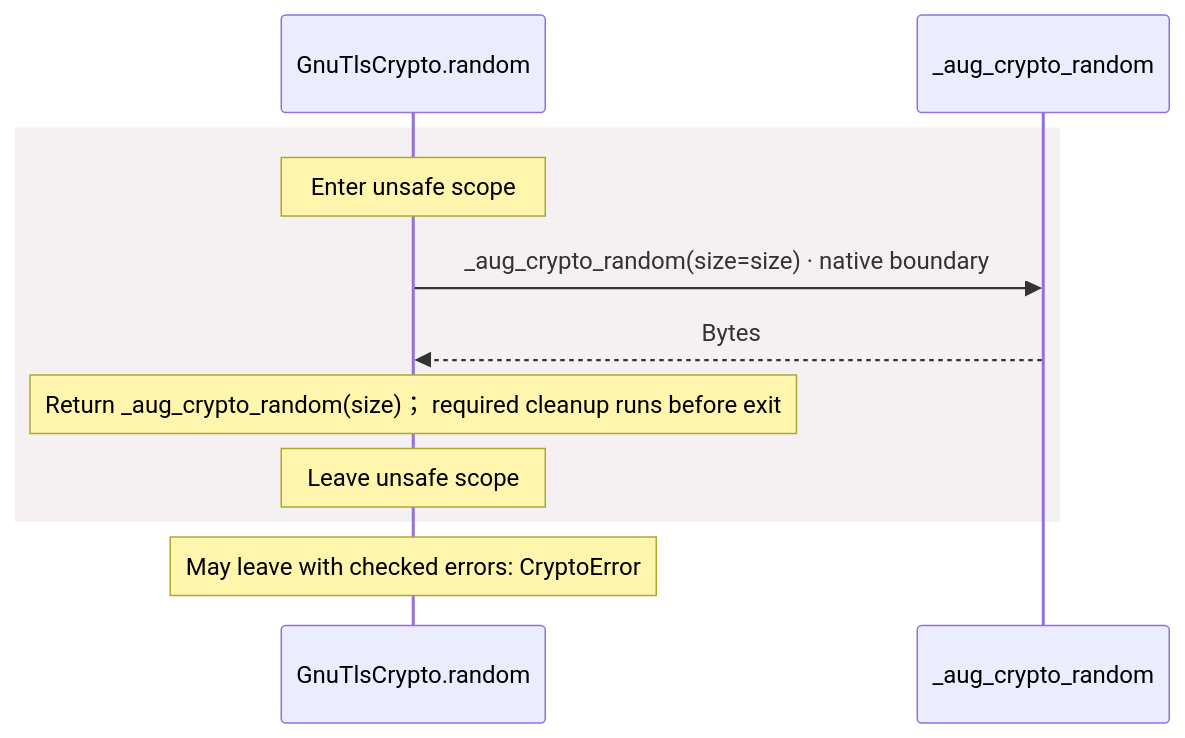
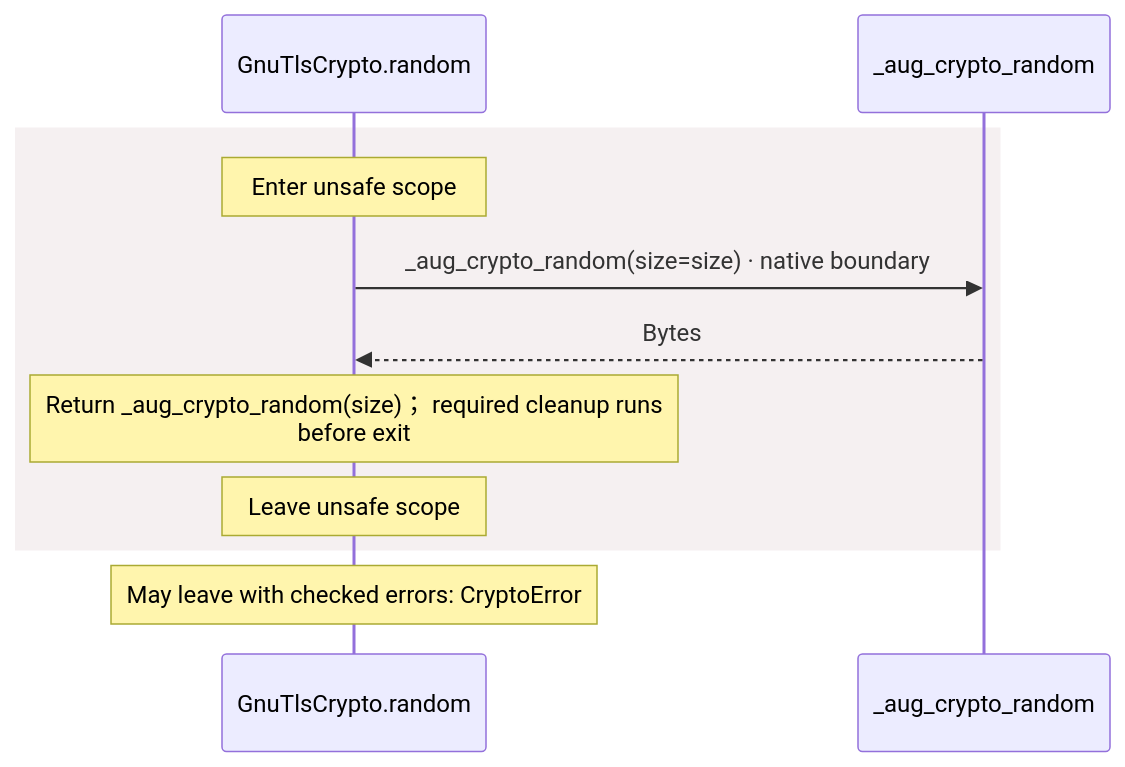
One commit to GreenPandaStudios/augscript changed the fourth of 14 diagrams in docs/examples/oidc-login/dependencies/packages/@git/url_9ef654c66d34ab8f5527/0.0.0-git.b14a0f9aa41f1ce58bd51133bcdc424033e40d40/contracts-diagrams.md. Above: the diagram before and after it, drawn with Mermaid. The commit also changed other lines of this file and 200 other files, not shown here.

Commit message:
Group imported operations and wrap readable sequence messages

````diff
--- a/docs/examples/oidc-login/dependencies/packages/@git/url_9ef654c66d34ab8f5527/0.0.0-git.b14a0f9aa41f1ce58bd51133bcdc424033e40d40/contracts-diagrams.md
+++ b/docs/examples/oidc-login/dependencies/packages/@git/url_9ef654c66d34ab8f5527/0.0.0-git.b14a0f9aa41f1ce58bd51133bcdc424033e40d40/contracts-diagrams.md
@@ -291,13 +291,13 @@
 ```mermaid
 sequenceDiagram
     participant p0 as GnuTlsCrypto.random
     participant p1 as _aug_crypto_random
     rect rgb(245, 240, 241)
     Note over p0: Enter unsafe scope
     p0->>p1: _aug_crypto_random(size=size) · native boundary
     p1-->>p0: Bytes
-    Note over p0: Return _aug_crypto_random(size)； required cleanup runs before exit
+    Note over p0: Return _aug_crypto_random(size)； required cleanup runs<br/>before exit
     Note over p0: Leave unsafe scope
     end
     Note over p0: May leave with checked errors: CryptoError
 ```
````
